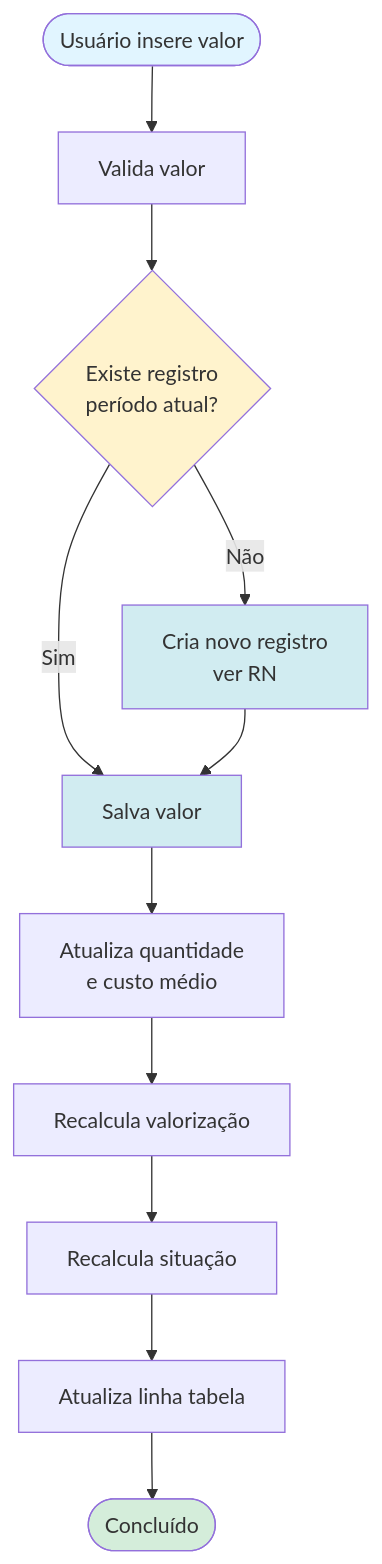
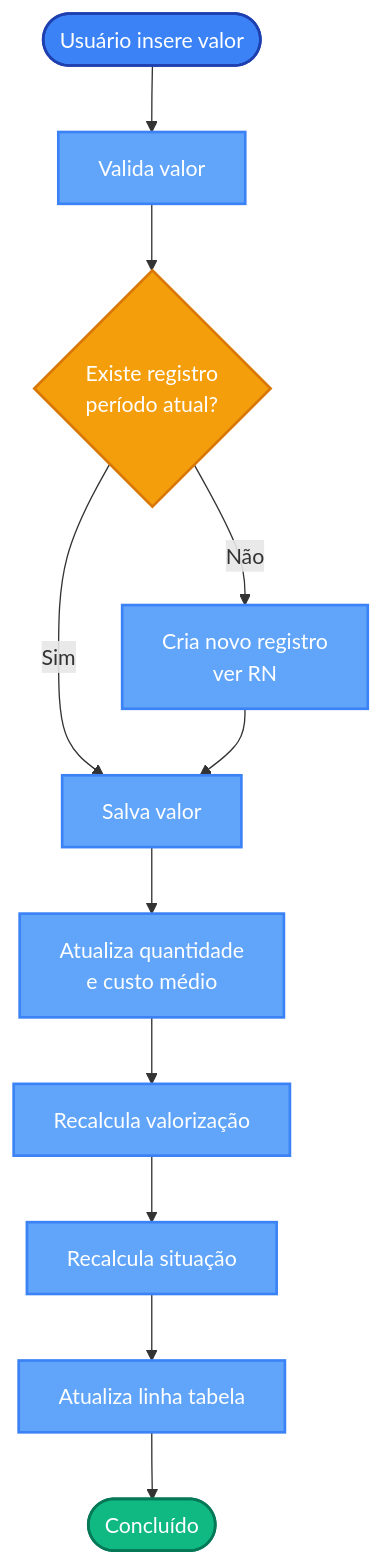
One commit to enirsilvaferraz/Investments-KMP changed the fifth of 5 diagrams in docs/RF - Tela de Consulta de Posicionamento do Ativo no Periodo.md. Above: the diagram before and after it, drawn with Mermaid. The commit also changed other lines of this file, not shown here.

First line of the commit message:
docs: Update mermaid diagram styles in asset positioning doc

````diff
--- a/docs/RF - Tela de Consulta de Posicionamento do Ativo no Periodo.md
+++ b/docs/RF - Tela de Consulta de Posicionamento do Ativo no Periodo.md
@@ -259,21 +282,26 @@
 ```mermaid
 flowchart TD
     Start([Usuário insere valor]) --> Validate[Valida valor]
     Validate --> CheckExists{Existe registro<br/>período atual?}
     
     CheckExists -->|Não| Create[Cria novo registro<br/>ver RN]
     CheckExists -->|Sim| Save[Salva valor]
     Create --> Save
     
     Save --> UpdateFields[Atualiza quantidade<br/>e custo médio]
     UpdateFields --> CalcVal[Recalcula valorização]
     CalcVal --> CalcSit[Recalcula situação]
     CalcSit --> UpdateTable[Atualiza linha tabela]
     UpdateTable --> End([Concluído])
     
-    style Start fill:#e1f5ff
-    style End fill:#d4edda
-    style CheckExists fill:#fff3cd
-    style Create fill:#d1ecf1
-    style Save fill:#d1ecf1
+    style Start fill:#3b82f6,stroke:#1e40af,stroke-width:2px,color:#fff
+    style End fill:#10b981,stroke:#047857,stroke-width:2px,color:#fff
+    style CheckExists fill:#f59e0b,stroke:#d97706,stroke-width:2px,color:#fff
+    style Create fill:#60a5fa,stroke:#3b82f6,stroke-width:2px,color:#fff
+    style Save fill:#60a5fa,stroke:#3b82f6,stroke-width:2px,color:#fff
+    style Validate fill:#60a5fa,stroke:#3b82f6,stroke-width:2px,color:#fff
+    style UpdateFields fill:#60a5fa,stroke:#3b82f6,stroke-width:2px,color:#fff
+    style CalcVal fill:#60a5fa,stroke:#3b82f6,stroke-width:2px,color:#fff
+    style CalcSit fill:#60a5fa,stroke:#3b82f6,stroke-width:2px,color:#fff
+    style UpdateTable fill:#60a5fa,stroke:#3b82f6,stroke-width:2px,color:#fff
 ```
````
